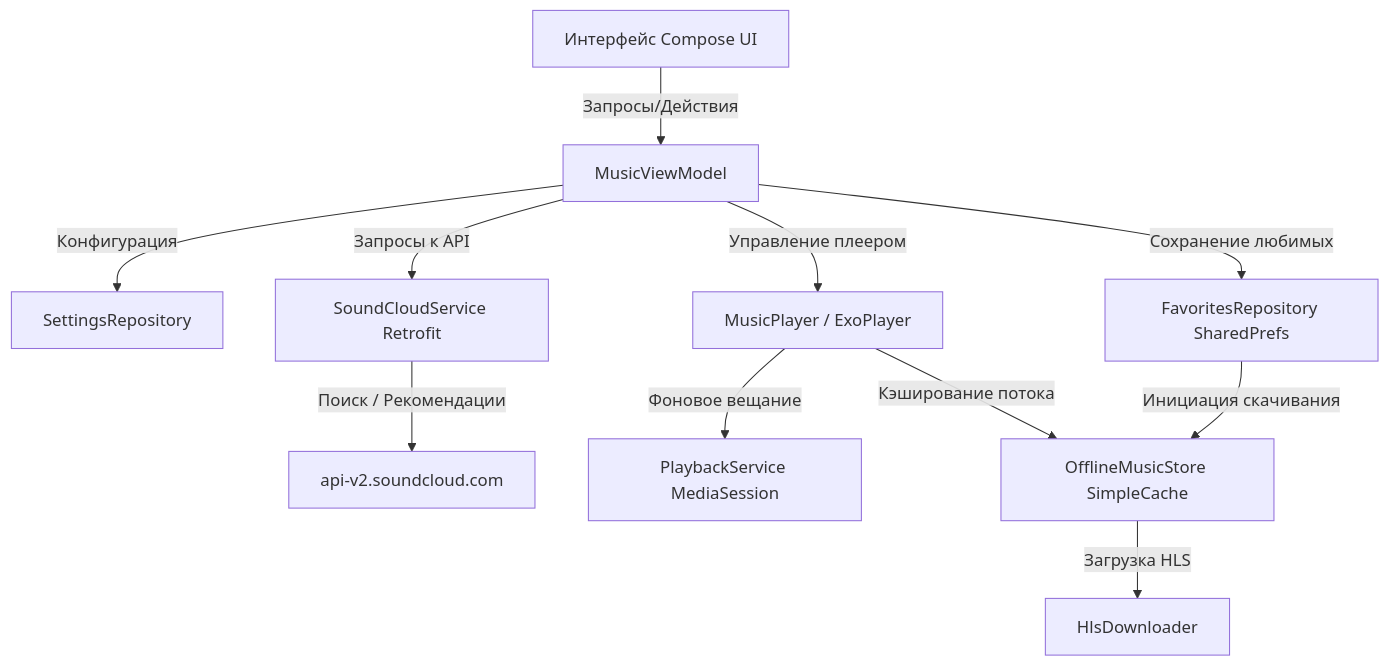
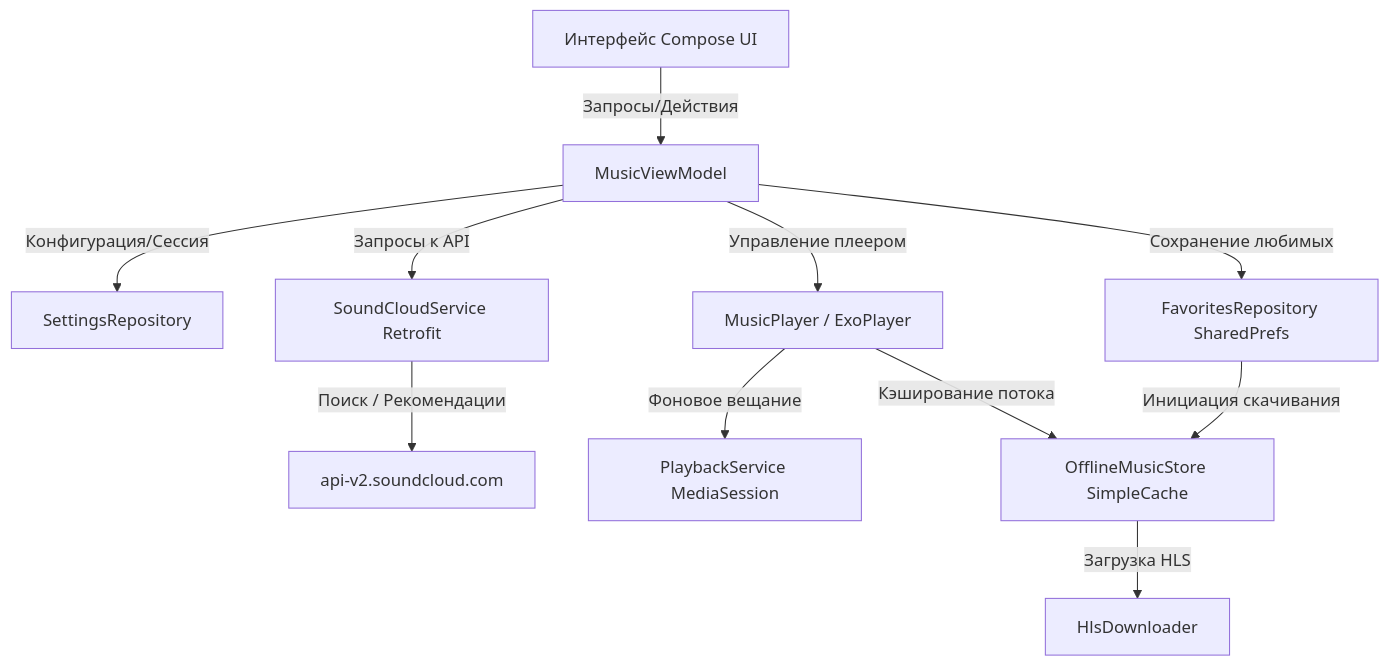
Before and after one commit to GXUser7/YouCloud: the diagram in README.md, drawn with Mermaid. The commit also changed other lines of this file and 9 other files, not shown here.

````diff
--- a/README.md
+++ b/README.md
@@ -69,16 +63,16 @@
 ```mermaid
 graph TD
     UI[Интерфейс Compose UI] -->|Запросы/Действия| VM[MusicViewModel]
-    VM -->|Конфигурация| Settings[SettingsRepository]
+    VM -->|Конфигурация/Сессия| Settings[SettingsRepository]
     VM -->|Управление плеером| Player[MusicPlayer / ExoPlayer]
     VM -->|Запросы к API| Service[SoundCloudService Retrofit]
     VM -->|Сохранение любимых| Favs[FavoritesRepository SharedPrefs]
     
     Service -->|Поиск / Рекомендации| API[api-v2.soundcloud.com]
     
     Player -->|Фоновое вещание| PlaybackService[PlaybackService MediaSession]
     Player -->|Кэширование потока| Cache[OfflineMusicStore SimpleCache]
     
     Favs -->|Инициация скачивания| Cache
     Cache -->|Загрузка HLS| HLS[HlsDownloader]
 ```
````
